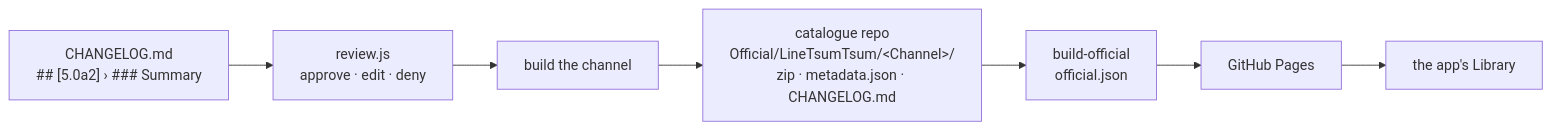
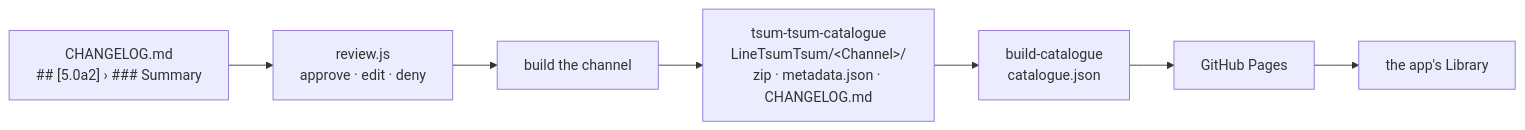
One commit to TsumTsumScripts/website changed the second of 2 diagrams in docs/architecture/build-and-release.md. Above: the diagram before and after it, drawn with Mermaid. The commit also changed other lines of this file and 30 other files, not shown here.

````diff
--- a/docs/architecture/build-and-release.md
+++ b/docs/architecture/build-and-release.md
@@ -92,11 +99,11 @@
 ```mermaid
 flowchart LR
   cl["CHANGELOG.md<br/>## [5.0a2] › ### Summary"]
   review["review.js<br/>approve · edit · deny"]
   build["build the channel"]
-  cat["catalogue repo<br/>Official/LineTsumTsum/&lt;Channel&gt;/<br/>zip · metadata.json · CHANGELOG.md"]
-  official["build-official<br/>official.json"]
+  cat["tsum-tsum-catalogue<br/>LineTsumTsum/&lt;Channel&gt;/<br/>zip · metadata.json · CHANGELOG.md"]
+  official["build-catalogue<br/>catalogue.json"]
   pages["GitHub Pages"]
   app["the app's Library"]
   cl --> review --> build --> cat --> official --> pages --> app
 ```
````
